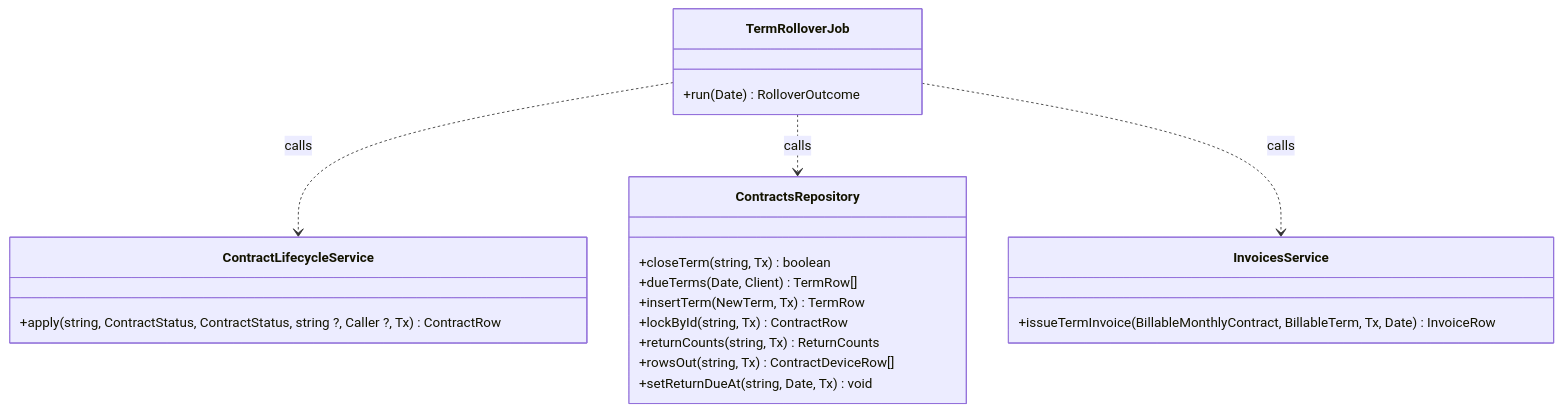
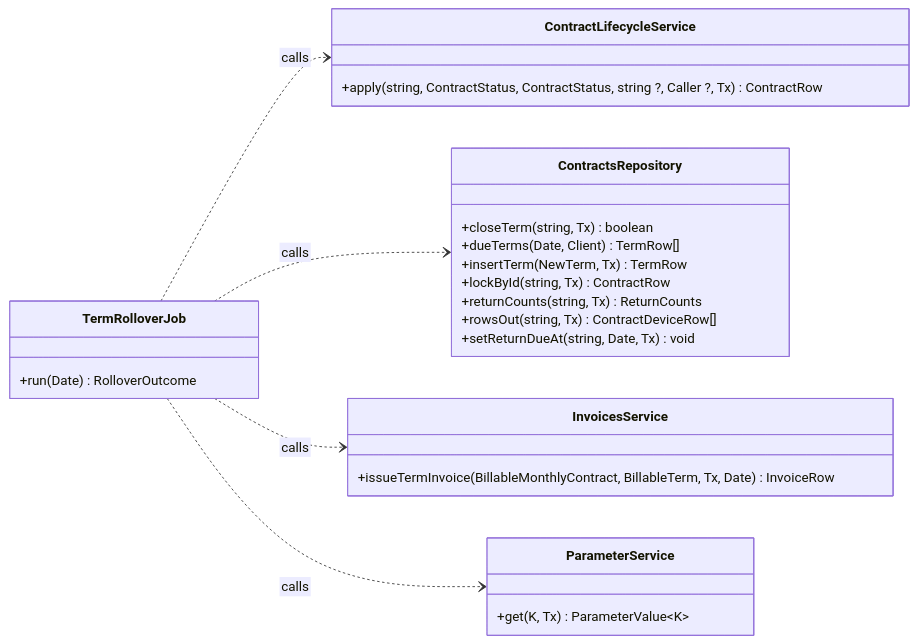
Before and after one commit to TrekLink-Team/treklink-web: diagram 15 of 29 in specs/rentals/design.md, drawn with Mermaid. The commit also changed other lines of this file and 26 other files, not shown here.

````diff
--- a/specs/rentals/design.md
+++ b/specs/rentals/design.md
@@ -562,25 +583,30 @@
 ```mermaid
+%%{init: {"htmlLabels": false}}%%
 classDiagram
-    direction TB
+    direction LR
     class TermRolloverJob {
         +run(Date) RolloverOutcome
+    }
+    class ParameterService {
+        +get(K, Tx) ParameterValue~K~
     }
     class ContractsRepository {
         +closeTerm(string, Tx) boolean
         +dueTerms(Date, Client) TermRow[]
         +insertTerm(NewTerm, Tx) TermRow
         +lockById(string, Tx) ContractRow
         +returnCounts(string, Tx) ReturnCounts
         +rowsOut(string, Tx) ContractDeviceRow[]
         +setReturnDueAt(string, Date, Tx) void
     }
     class ContractLifecycleService {
         +apply(string, ContractStatus, ContractStatus, string ?, Caller ?, Tx) ContractRow
     }
     class InvoicesService {
         +issueTermInvoice(BillableMonthlyContract, BillableTerm, Tx, Date) InvoiceRow
     }
     TermRolloverJob ..> ContractLifecycleService : calls
     TermRolloverJob ..> ContractsRepository : calls
     TermRolloverJob ..> InvoicesService : calls
+    TermRolloverJob ..> ParameterService : calls
 ```
````
